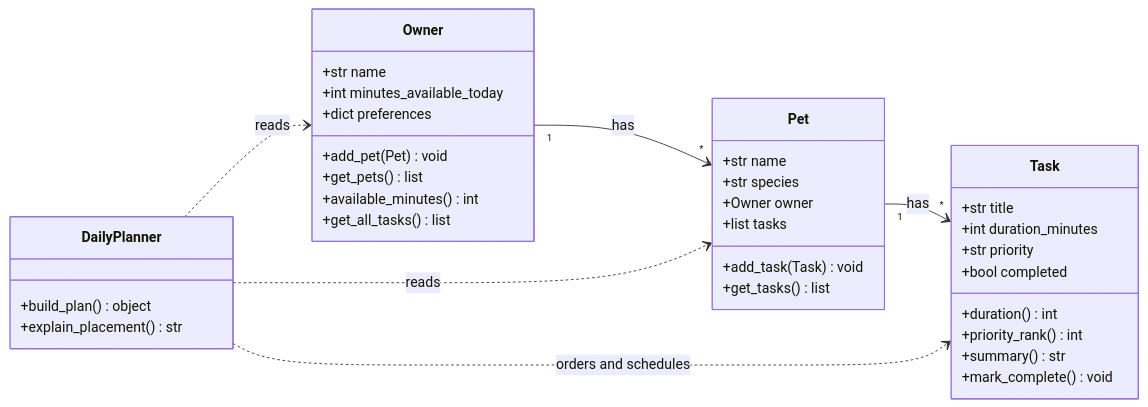
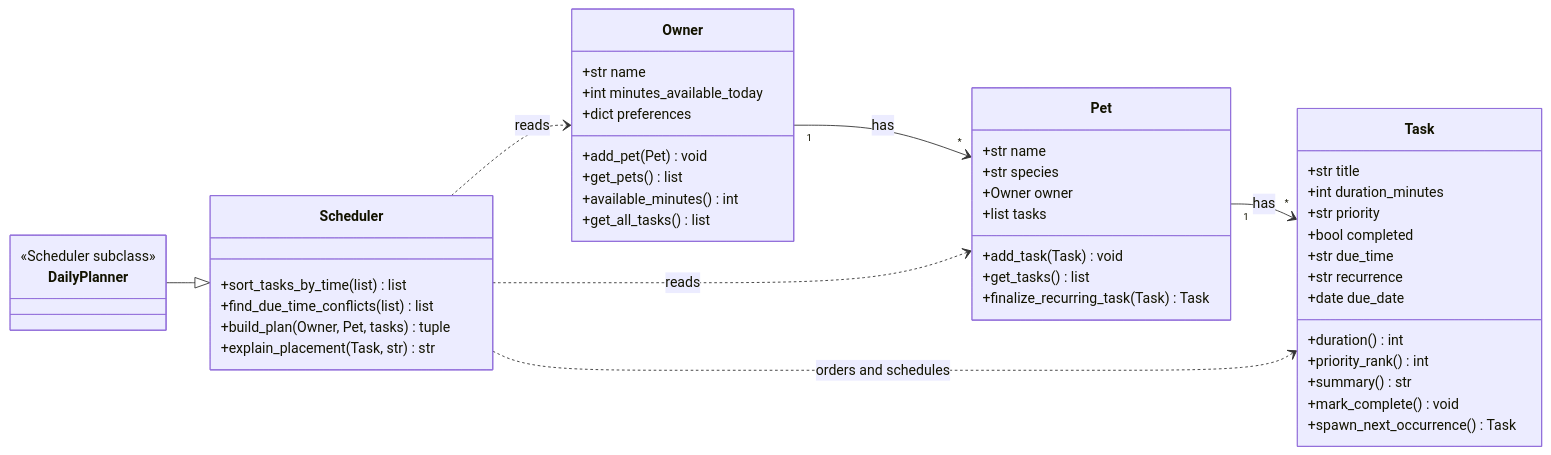
The diagram in reflection.md (Nick-Aurel/ai110-module2show-pawpal-starter), drawn with Mermaid before and after one commit. The commit also changed other lines of this file and 4 other files, not shown here.

First line of the commit message:
feat: Phase 6 UI polish, README demo, final UML image, reflection

````diff
--- a/reflection.md
+++ b/reflection.md
@@ -33,45 +33,57 @@
 ```mermaid
 classDiagram
     direction LR
 
     class Owner {
         +str name
         +int minutes_available_today
         +dict preferences
         +add_pet(Pet) void
         +get_pets() list
         +available_minutes() int
         +get_all_tasks() list
     }
 
     class Pet {
         +str name
         +str species
         +Owner owner
         +list tasks
         +add_task(Task) void
         +get_tasks() list
+        +finalize_recurring_task(Task) Task
     }
 
     class Task {
         +str title
         +int duration_minutes
         +str priority
         +bool completed
+        +str due_time
+        +str recurrence
+        +date due_date
         +duration() int
         +priority_rank() int
         +summary() str
         +mark_complete() void
+        +spawn_next_occurrence() Task
+    }
+
+    class Scheduler {
+        +sort_tasks_by_time(list) list
+        +find_due_time_conflicts(list) list
+        +build_plan(Owner, Pet, tasks) tuple
+        +explain_placement(Task, str) str
     }
 
     class DailyPlanner {
-        +build_plan() object
-        +explain_placement() str
+        <<Scheduler subclass>>
     }
 
     Owner "1" --> "*" Pet : has
     Pet "1" --> "*" Task : has
-    DailyPlanner ..> Owner : reads
-    DailyPlanner ..> Pet : reads
-    DailyPlanner ..> Task : orders and schedules
+    Scheduler ..> Owner : reads
+    Scheduler ..> Pet : reads
+    Scheduler ..> Task : orders and schedules
+    DailyPlanner --|> Scheduler
 ```
````
